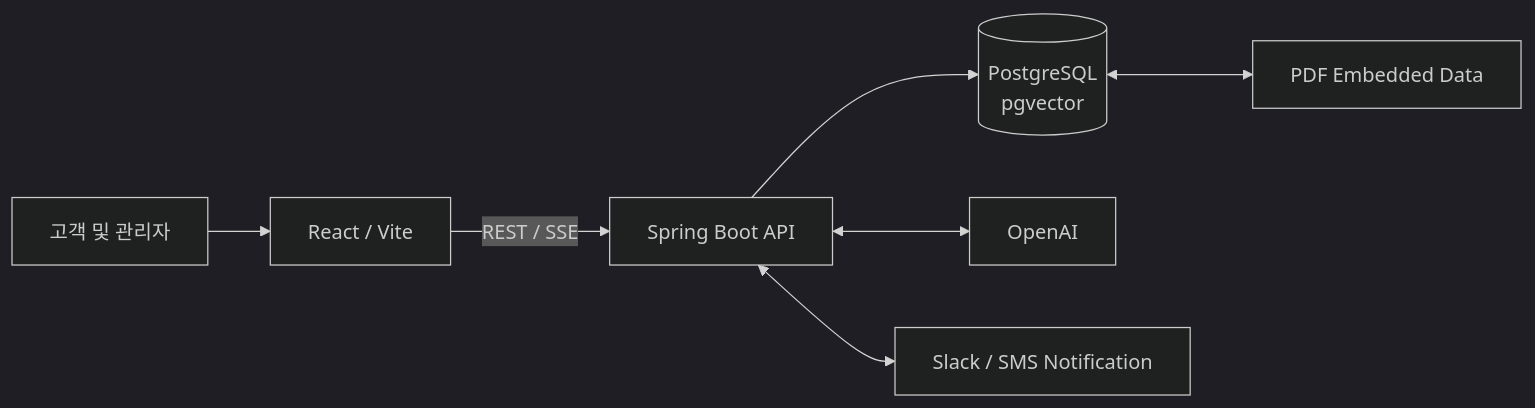
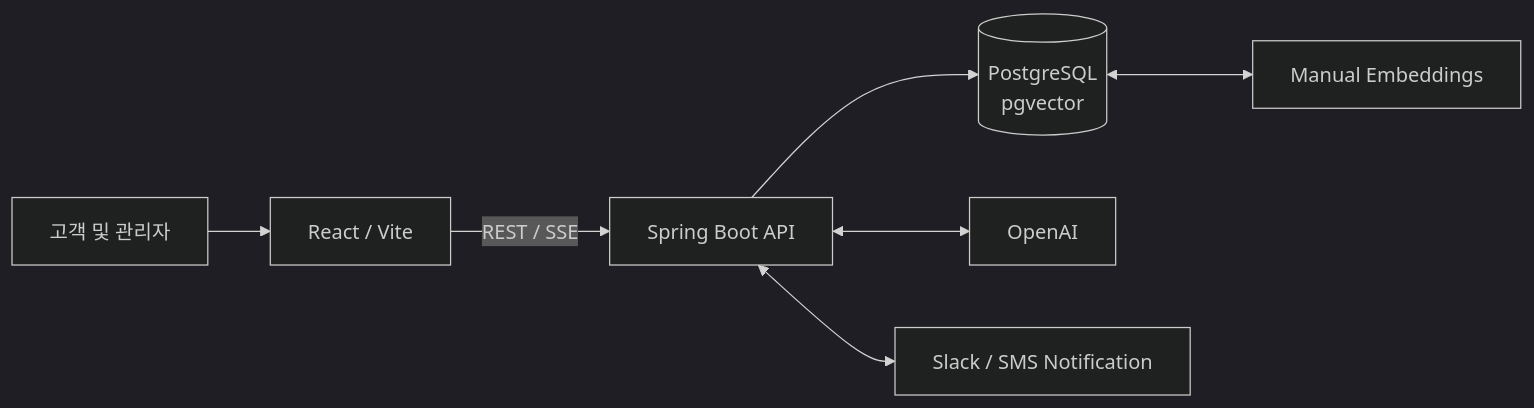
The diagram in README.md (jwlee101526/da-care), drawn with Mermaid (dark theme) before and after one commit. The commit also changed other lines of this file and 1 other file, not shown here.

````diff
--- a/README.md
+++ b/README.md
@@ -49,9 +49,9 @@
 ```mermaid
 flowchart LR
     U[고객 및 관리자] --> W[React / Vite]
     W -->|REST / SSE| A[Spring Boot API]
     A --> P[(PostgreSQL <br/>pgvector)]
     A <--> O[OpenAI]
     A <--> N[Slack / SMS Notification]
-    P <--> M[PDF Embedded Data]
+    P <--> M[Manual Embeddings]
 ```
````
